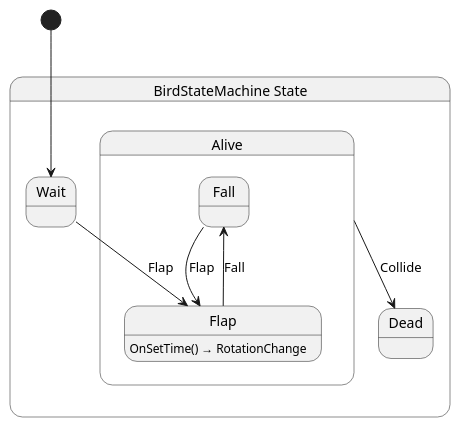
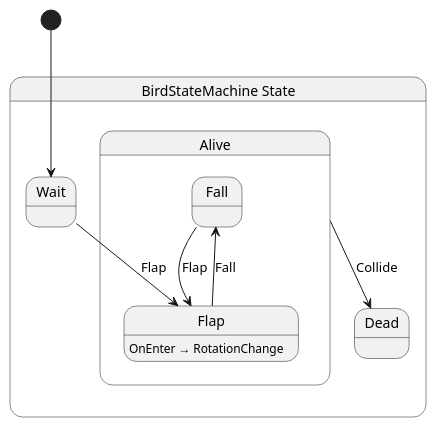
Before and after one commit to fm39hz/FlappyBirdGame: the diagram in src/Game/Creature/Bird/BirdStateMachine.g.puml, drawn with PlantUML. The commit also changed 1 other file, not shown here.

Commit message:
feat(bird): configure State outputs handle

```diff
--- a/src/Game/Creature/Bird/BirdStateMachine.g.puml
+++ b/src/Game/Creature/Bird/BirdStateMachine.g.puml
@@ -1,19 +1,19 @@
 @startuml BirdStateMachine
 state "BirdStateMachine State" as FlappyBirdGame_Game_Creature_BirdStateMachine_State {
   state "Alive" as FlappyBirdGame_Game_Creature_BirdStateMachine_State_Alive {
     state "Fall" as FlappyBirdGame_Game_Creature_BirdStateMachine_State_Alive_Fall
     state "Flap" as FlappyBirdGame_Game_Creature_BirdStateMachine_State_Alive_Flap
   }
   state "Dead" as FlappyBirdGame_Game_Creature_BirdStateMachine_State_Dead
   state "Wait" as FlappyBirdGame_Game_Creature_BirdStateMachine_State_Wait
 }
 
 FlappyBirdGame_Game_Creature_BirdStateMachine_State_Alive --> FlappyBirdGame_Game_Creature_BirdStateMachine_State_Dead : Collide
 FlappyBirdGame_Game_Creature_BirdStateMachine_State_Alive_Fall --> FlappyBirdGame_Game_Creature_BirdStateMachine_State_Alive_Flap : Flap
 FlappyBirdGame_Game_Creature_BirdStateMachine_State_Alive_Flap --> FlappyBirdGame_Game_Creature_BirdStateMachine_State_Alive_Fall : Fall
 FlappyBirdGame_Game_Creature_BirdStateMachine_State_Wait --> FlappyBirdGame_Game_Creature_BirdStateMachine_State_Alive_Flap : Flap
 
-FlappyBirdGame_Game_Creature_BirdStateMachine_State_Alive_Flap : OnSetTime() → RotationChange
+FlappyBirdGame_Game_Creature_BirdStateMachine_State_Alive_Flap : OnEnter → RotationChange
 
 [*] --> FlappyBirdGame_Game_Creature_BirdStateMachine_State_Wait
 @enduml
```
